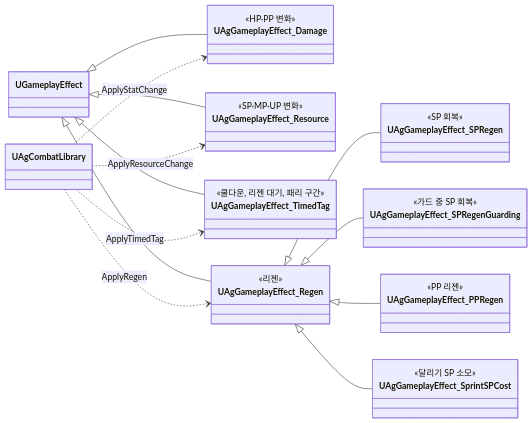
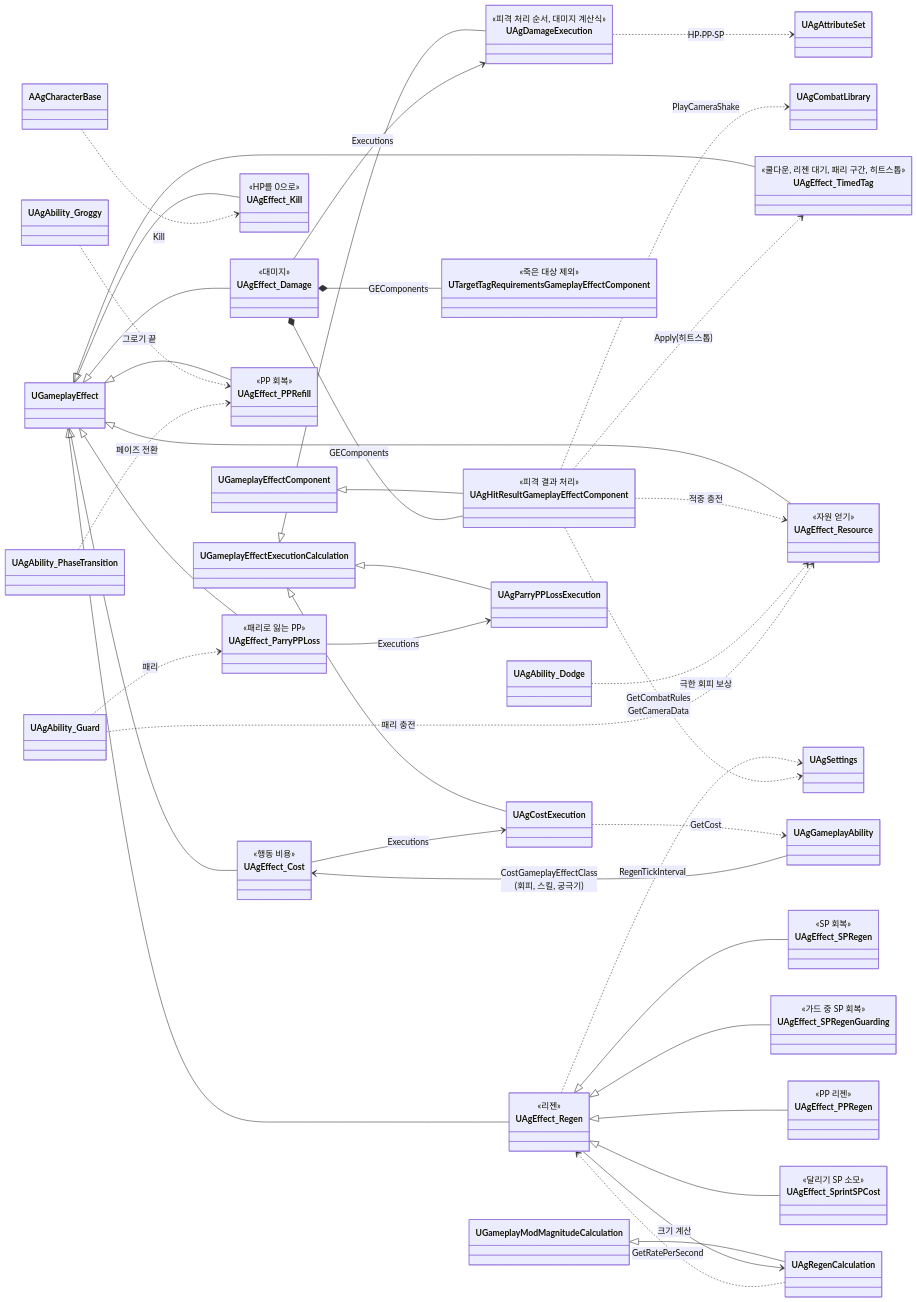
One commit to Woogl/Ag changed the tenth of 21 diagrams in Docs/Program/클래스 구조도.md. Above: the diagram before and after it, drawn with Mermaid. The commit also changed other lines of this file and 122 other files, not shown here.

````diff
--- a/Docs/Program/클래스 구조도.md
+++ b/Docs/Program/클래스 구조도.md
@@ -351,41 +386,88 @@
 ```mermaid
 classDiagram
     direction LR
-    class UAgGameplayEffect_Damage {
-        <<HP·PP 변화>>
+    class UAgEffect_Damage {
+        <<대미지>>
     }
-    class UAgGameplayEffect_Resource {
-        <<SP·MP·UP 변화>>
+    class UAgDamageExecution {
+        <<피격 처리 순서, 대미지 계산식>>
     }
-    class UAgGameplayEffect_TimedTag {
-        <<쿨다운, 리젠 대기, 패리 구간>>
+    class UAgHitResultGameplayEffectComponent {
+        <<피격 결과 처리>>
     }
-    class UAgGameplayEffect_Regen {
+    class UTargetTagRequirementsGameplayEffectComponent {
+        <<죽은 대상 제외>>
+    }
+    class UAgEffect_Kill {
+        <<HP를 0으로>>
+    }
+    class UAgEffect_Resource {
+        <<자원 얻기>>
+    }
+    class UAgEffect_Cost {
+        <<행동 비용>>
+    }
+    class UAgEffect_PPRefill {
+        <<PP 회복>>
+    }
+    class UAgEffect_ParryPPLoss {
+        <<패리로 잃는 PP>>
+    }
+    class UAgEffect_TimedTag {
+        <<쿨다운, 리젠 대기, 패리 구간, 히트스톱>>
+    }
+    class UAgEffect_Regen {
         <<리젠>>
     }
-    class UAgGameplayEffect_SPRegen {
+    class UAgEffect_SPRegen {
         <<SP 회복>>
     }
-    class UAgGameplayEffect_SPRegenGuarding {
+    class UAgEffect_SPRegenGuarding {
         <<가드 중 SP 회복>>
     }
-    class UAgGameplayEffect_PPRegen {
+    class UAgEffect_PPRegen {
         <<PP 리젠>>
     }
-    class UAgGameplayEffect_SprintSPCost {
+    class UAgEffect_SprintSPCost {
         <<달리기 SP 소모>>
     }
-    UGameplayEffect <|-- UAgGameplayEffect_Damage
-    UGameplayEffect <|-- UAgGameplayEffect_Resource
-    UGameplayEffect <|-- UAgGameplayEffect_TimedTag
-    UGameplayEffect <|-- UAgGameplayEffect_Regen
-    UAgGameplayEffect_Regen <|-- UAgGameplayEffect_SPRegen
-    UAgGameplayEffect_Regen <|-- UAgGameplayEffect_SPRegenGuarding
-    UAgGameplayEffect_Regen <|-- UAgGameplayEffect_PPRegen
-    UAgGameplayEffect_Regen <|-- UAgGameplayEffect_SprintSPCost
+    UGameplayEffect <|-- UAgEffect_Damage
+    UGameplayEffectExecutionCalculation <|-- UAgDamageExecution
+    UAgEffect_Damage --> UAgDamageExecution : Executions
+    UGameplayEffectComponent <|-- UAgHitResultGameplayEffectComponent
+    UAgEffect_Damage *-- UAgHitResultGameplayEffectComponent : GEComponents
+    UAgEffect_Damage *-- UTargetTagRequirementsGameplayEffectComponent : GEComponents
+    UAgDamageExecution ..> UAgAttributeSet : HP·PP·SP
+    UGameplayEffect <|-- UAgEffect_Kill
+    UGameplayEffect <|-- UAgEffect_Resource
+    UGameplayEffect <|-- UAgEffect_Cost
+    UGameplayEffectExecutionCalculation <|-- UAgCostExecution
+    UAgEffect_Cost --> UAgCostExecution : Executions
+    UGameplayEffect <|-- UAgEffect_PPRefill
+    UGameplayEffect <|-- UAgEffect_ParryPPLoss
+    UGameplayEffectExecutionCalculation <|-- UAgParryPPLossExecution
+    UAgEffect_ParryPPLoss --> UAgParryPPLossExecution : Executions
+    UGameplayEffect <|-- UAgEffect_TimedTag
+    UGameplayEffect <|-- UAgEffect_Regen
+    UAgEffect_Regen <|-- UAgEffect_SPRegen
+    UAgEffect_Regen <|-- UAgEffect_SPRegenGuarding
+    UAgEffect_Regen <|-- UAgEffect_PPRegen
+    UAgEffect_Regen <|-- UAgEffect_SprintSPCost
+    UGameplayModMagnitudeCalculation <|-- UAgRegenCalculation
+    UAgEffect_Regen --> UAgRegenCalculation : 크기 계산
+    UAgRegenCalculation ..> UAgEffect_Regen : GetRatePerSecond
+    UAgEffect_Regen ..> UAgSettings : RegenTickInterval
 
-    UAgCombatLibrary ..> UAgGameplayEffect_Damage : ApplyStatChange
-    UAgCombatLibrary ..> UAgGameplayEffect_Resource : ApplyResourceChange
-    UAgCombatLibrary ..> UAgGameplayEffect_TimedTag : ApplyTimedTag
-    UAgCombatLibrary ..> UAgGameplayEffect_Regen : ApplyRegen
+    AAgCharacterBase ..> UAgEffect_Kill : Kill
+    UAgHitResultGameplayEffectComponent ..> UAgCombatLibrary : PlayCameraShake
+    UAgHitResultGameplayEffectComponent ..> UAgEffect_TimedTag : Apply(히트스톱)
+    UAgHitResultGameplayEffectComponent ..> UAgEffect_Resource : 적중 충전
+    UAgGameplayAbility --> UAgEffect_Cost : CostGameplayEffectClass<br>(회피, 스킬, 궁극기)
+    UAgCostExecution ..> UAgGameplayAbility : GetCost
+    UAgAbility_Dodge ..> UAgEffect_Resource : 극한 회피 보상
+    UAgAbility_Guard ..> UAgEffect_Resource : 패리 충전
+    UAgAbility_Guard ..> UAgEffect_ParryPPLoss : 패리
+    UAgAbility_Groggy ..> UAgEffect_PPRefill : 그로기 끝
+    UAgAbility_PhaseTransition ..> UAgEffect_PPRefill : 페이즈 전환
+    UAgHitResultGameplayEffectComponent ..> UAgSettings : GetCombatRules<br>GetCameraData
 ```
````
